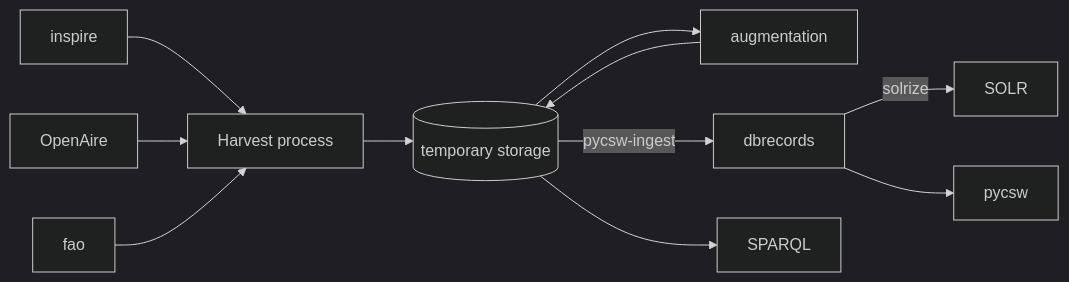
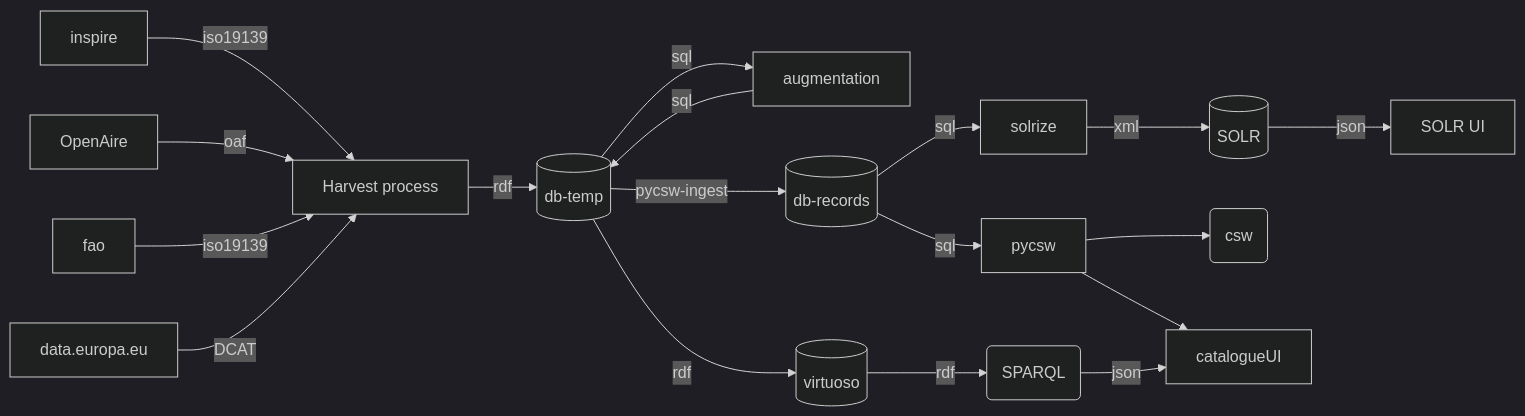
Before and after one commit to soilwise-he/harvesters: the second of 2 diagrams in README.md, drawn with Mermaid (dark theme).

````diff
--- a/README.md
+++ b/README.md
@@ -24,14 +24,20 @@
 ```mermaid
 flowchart LR
- i[inspire] --> hc
- o[OpenAire] --> hc
- f[fao] --> hc
- hc[Harvest process]
- hc --> dbtemp[(temporary storage)]
- dbtemp --> aug[augmentation]
- aug --> dbtemp
- dbtemp -->|pycsw-ingest| dbrecords
- dbrecords -->|solrize| SOLR
- dbrecords --> pycsw
- dbtemp --> SPARQL
+ i[inspire] -->|iso19139| hc
+ o[OpenAire] -->|oaf| hc
+ f[fao] -->|iso19139| hc
+ de[data.europa.eu] -->|DCAT| hc
+ hc[Harvest process] -->|rdf| dbtemp[(db-temp)]
+ dbtemp -->|sql| aug[augmentation]
+ aug -->|sql| dbtemp
+ dbtemp -->|pycsw-ingest| dbrecords[(db-records)]
+ dbrecords -->|sql| solrize
+ solrize -->|xml| solr[(SOLR)]
+ solr -->|json| solrui[SOLR UI]
+ dbrecords -->|sql| pycsw[pycsw]
+ pycsw --> csw(csw)
+ pycsw --> html[catalogueUI]
+ dbtemp -->|rdf| vrt[(virtuoso)]
+ vrt -->|rdf| sparql(SPARQL)
+ sparql -->|json| html
 ```
````
